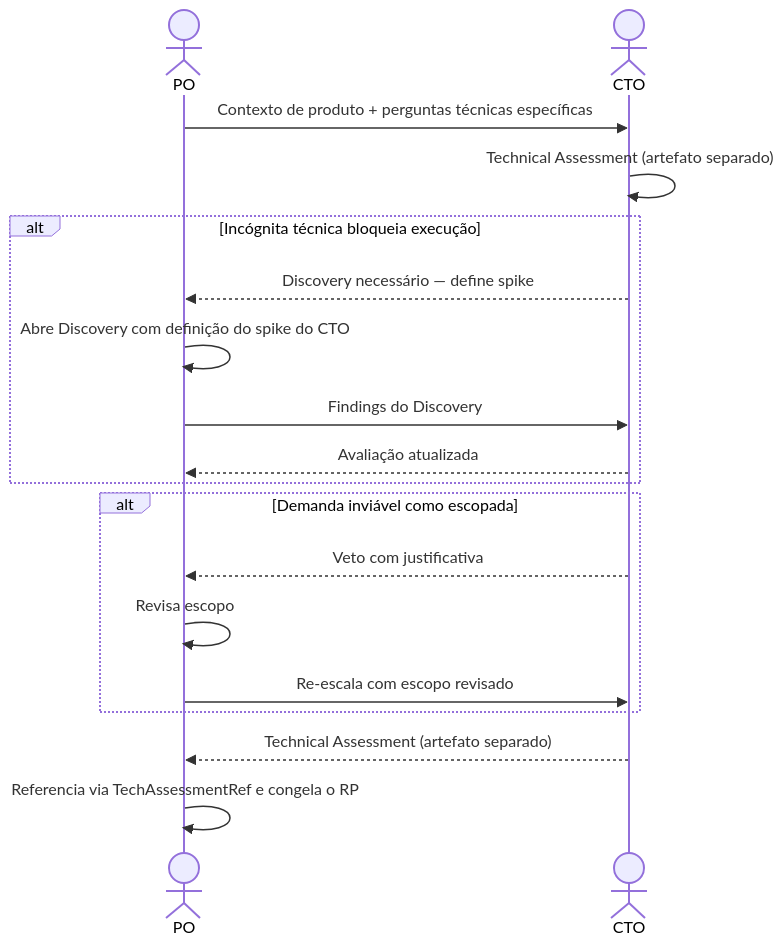
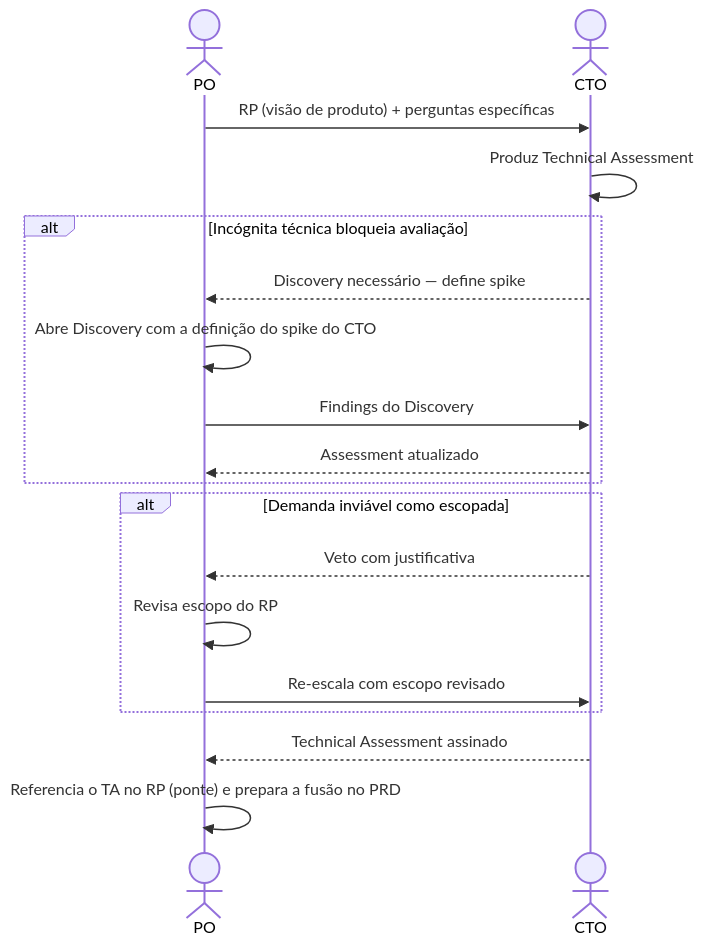
Before and after one commit to hugo-hsbtech/teamwork-process: the diagram in interactions/05-po-to-cto.md, drawn with Mermaid. The commit also changed other lines of this file and 46 other files, not shown here.

````diff
--- a/interactions/05-po-to-cto.md
+++ b/interactions/05-po-to-cto.md
@@ -70,24 +75,24 @@
 ```mermaid
 sequenceDiagram
     actor PO as PO
     actor CTO as CTO
 
-    PO->>CTO: Contexto de produto + perguntas técnicas específicas
-    CTO->>CTO: Technical Assessment (artefato separado)
+    PO->>CTO: RP (visão de produto) + perguntas específicas
+    CTO->>CTO: Produz Technical Assessment
 
-    alt Incógnita técnica bloqueia execução
+    alt Incógnita técnica bloqueia avaliação
         CTO-->>PO: Discovery necessário — define spike
-        PO->>PO: Abre Discovery com definição do spike do CTO
+        PO->>PO: Abre Discovery com a definição do spike do CTO
         PO->>CTO: Findings do Discovery
-        CTO-->>PO: Avaliação atualizada
+        CTO-->>PO: Assessment atualizado
     end
 
     alt Demanda inviável como escopada
         CTO-->>PO: Veto com justificativa
-        PO->>PO: Revisa escopo
+        PO->>PO: Revisa escopo do RP
         PO->>CTO: Re-escala com escopo revisado
     end
 
-    CTO-->>PO: Technical Assessment (artefato separado)
-    PO->>PO: Referencia via TechAssessmentRef e congela o RP
+    CTO-->>PO: Technical Assessment assinado
+    PO->>PO: Referencia o TA no RP (ponte) e prepara a fusão no PRD
 ```
````
